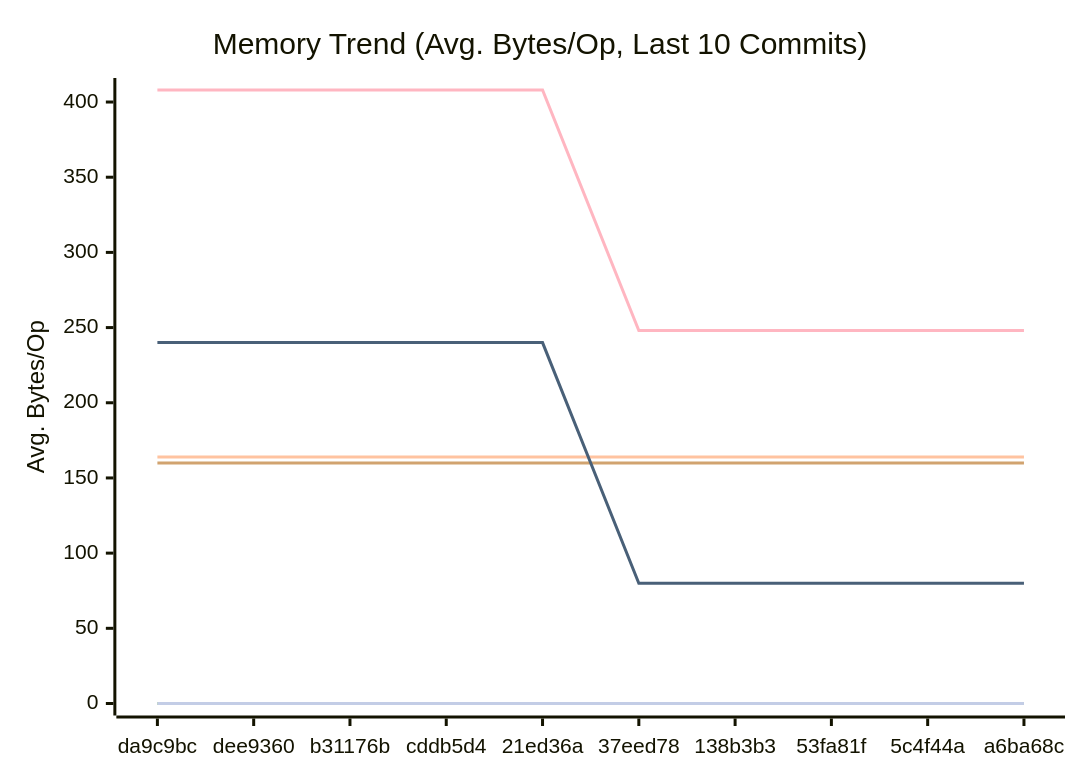
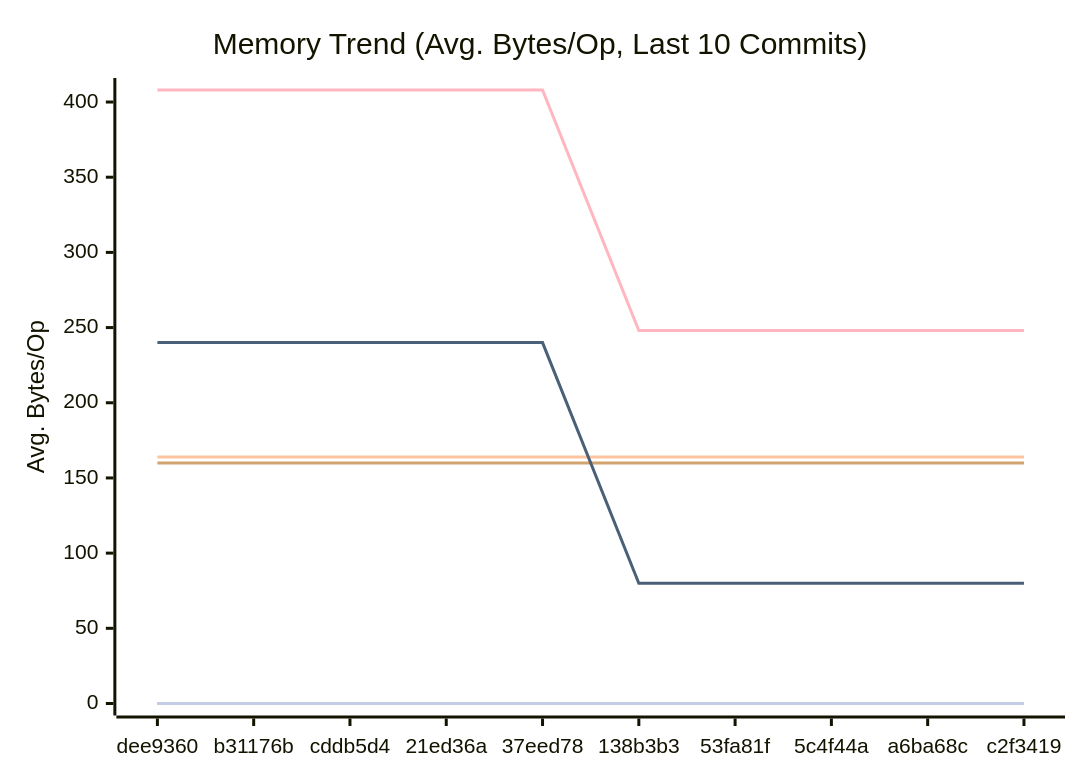
The second of 3 diagrams in docs/PERFORMANCE.md (alsotoes/momo), drawn with Mermaid before and after one commit. The commit also changed other lines of this file and 3 other files, not shown here.

````diff
--- a/docs/PERFORMANCE.md
+++ b/docs/PERFORMANCE.md
@@ -97,16 +97,16 @@
 ```mermaid
 xychart-beta
     title "Memory Trend (Avg. Bytes/Op, Last 10 Commits)"
     x-axis "Commit"
     y-axis "Avg. Bytes/Op"
-    x-axis [da9c9bc,dee9360,b31176b,cddb5d4,21ed36a,37eed78,138b3b3,53fa81f,5c4f44a,a6ba68c]
+    x-axis [dee9360,b31176b,cddb5d4,21ed36a,37eed78,138b3b3,53fa81f,5c4f44a,a6ba68c,c2f3419]
     line "CheckMetricsAndSwap" [0,0,0,0,0,0,0,0,0,0]
     line "CrushOptimized" [0,0,0,0,0,0,0,0,0,0]
     line "CrushOriginal" [164,164,164,164,164,164,164,164,164,164]
     line "IndexDirectTracking" [0,0,0,0,0,0,0,0,0,0]
     line "IndexSearch" [0,0,0,0,0,0,0,0,0,0]
     line "LoadGlobalConfig" [160,160,160,160,160,160,160,160,160,160]
     line "PadString" [0,0,0,0,0,0,0,0,0,0]
     line "ParseReplicationOrder_NoPrealloc" [408,408,408,408,408,248,248,248,248,248]
     line "ParseReplicationOrder_Prealloc" [240,240,240,240,240,80,80,80,80,80]
 ```
````
